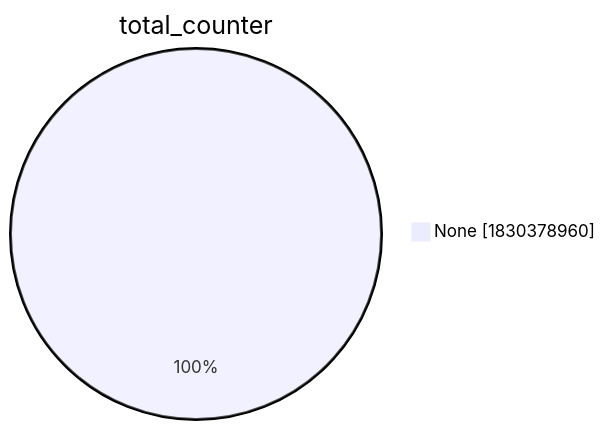
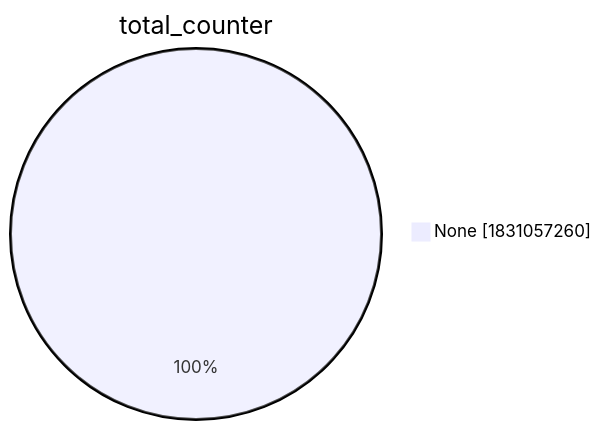
The second of 15 diagrams in xenon2022/README.md (christiankrug/ctmonitor_visualization), drawn with Mermaid before and after one commit. The commit also changed other lines of this file, not shown here.

````diff
--- a/xenon2022/README.md
+++ b/xenon2022/README.md
@@ -9,5 +9,5 @@
 ```mermaid
 pie showData
 title total_counter
-"None" :1830378960
+"None" :1831057260
 ```
````
